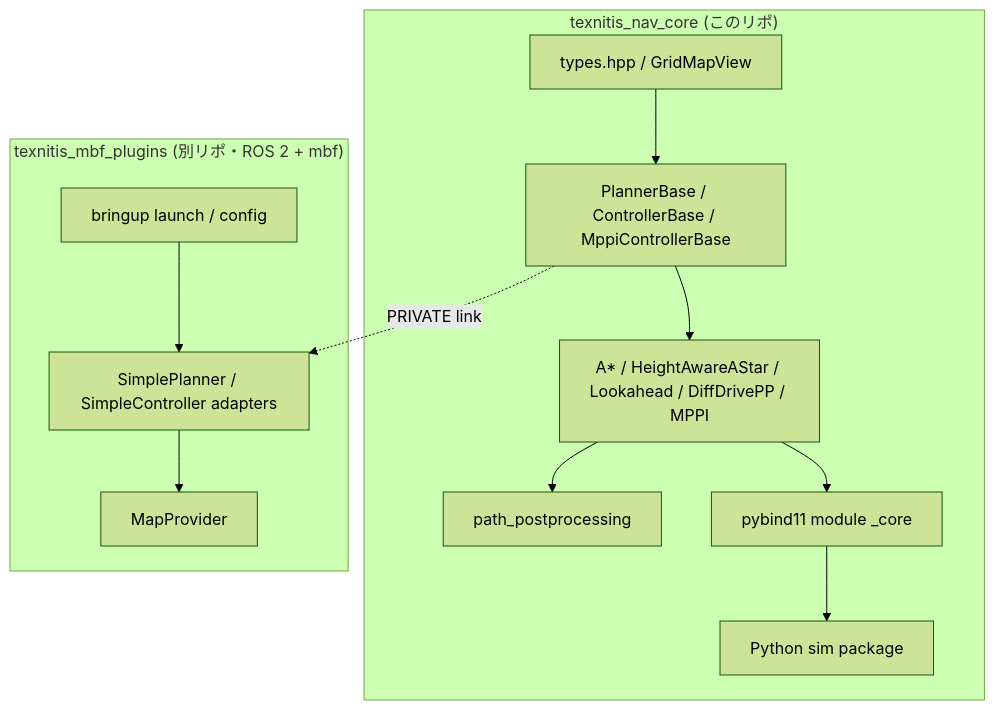
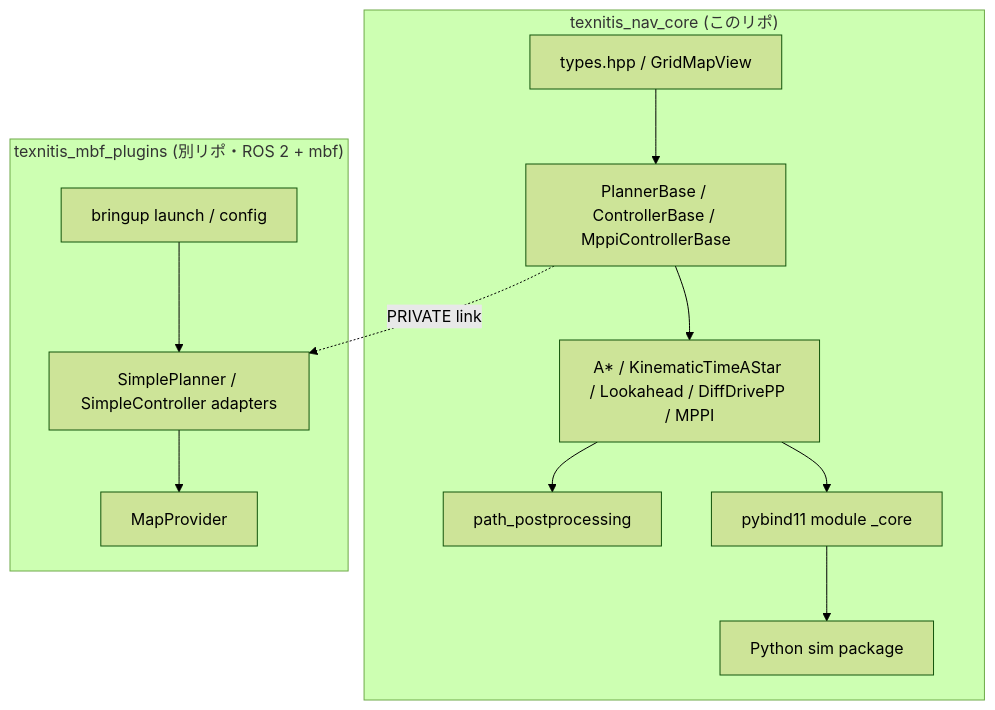
The diagram in docs/architecture.md (Nyanziba/Nyanziba_nav_core), drawn with Mermaid (forest theme) before and after one commit. The commit also changed other lines of this file and 47 other files, not shown here.

````diff
--- a/docs/architecture.md
+++ b/docs/architecture.md
@@ -5,26 +5,26 @@
 ```mermaid
 graph TD
   subgraph "texnitis_nav_core (このリポ)"
     types[types.hpp / GridMapView]
     iface[PlannerBase / ControllerBase / MppiControllerBase]
-    impl[A* / HeightAwareAStar / Lookahead / DiffDrivePP / MPPI]
+    impl[A* / KinematicTimeAStar / Lookahead / DiffDrivePP / MPPI]
     pp[path_postprocessing]
     py[pybind11 module _core]
     sim[Python sim package]
     types --> iface
     iface --> impl
     impl --> pp
     impl --> py
     py --> sim
   end
 
   subgraph "texnitis_mbf_plugins (別リポ・ROS 2 + mbf)"
     adapter[SimplePlanner / SimpleController adapters]
     mp[MapProvider]
     bringup[bringup launch / config]
   end
 
   iface -.PRIVATE link.-> adapter
   adapter --> mp
   bringup --> adapter
 ```
````
